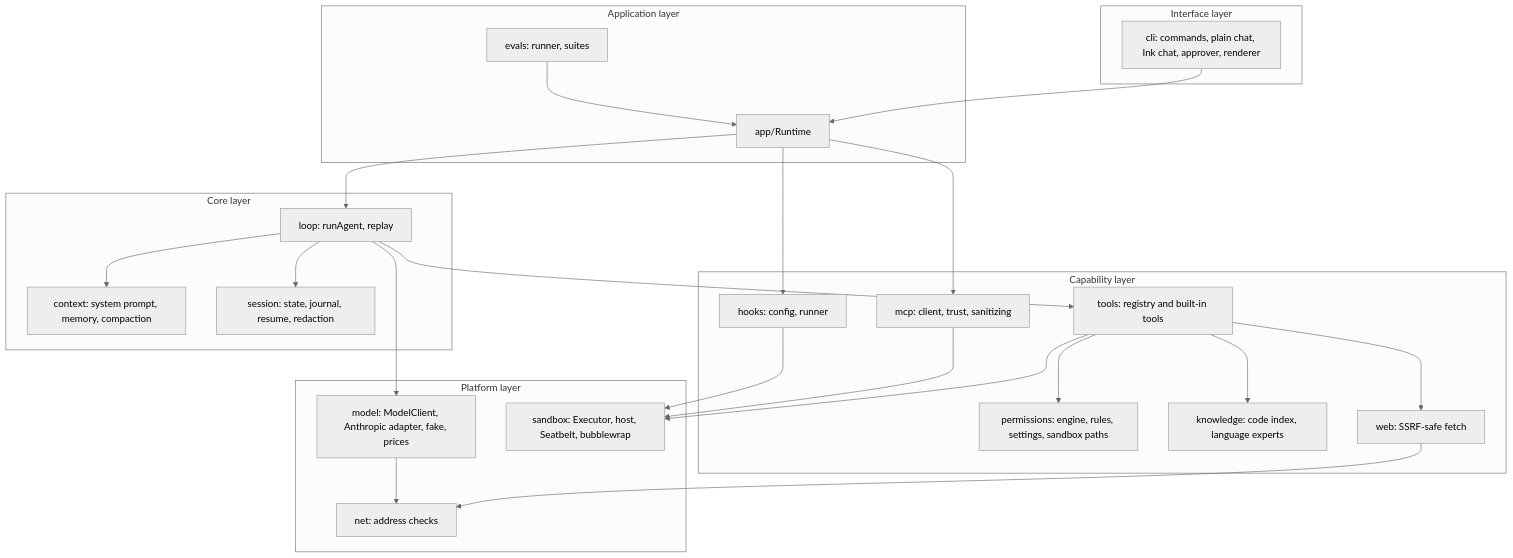
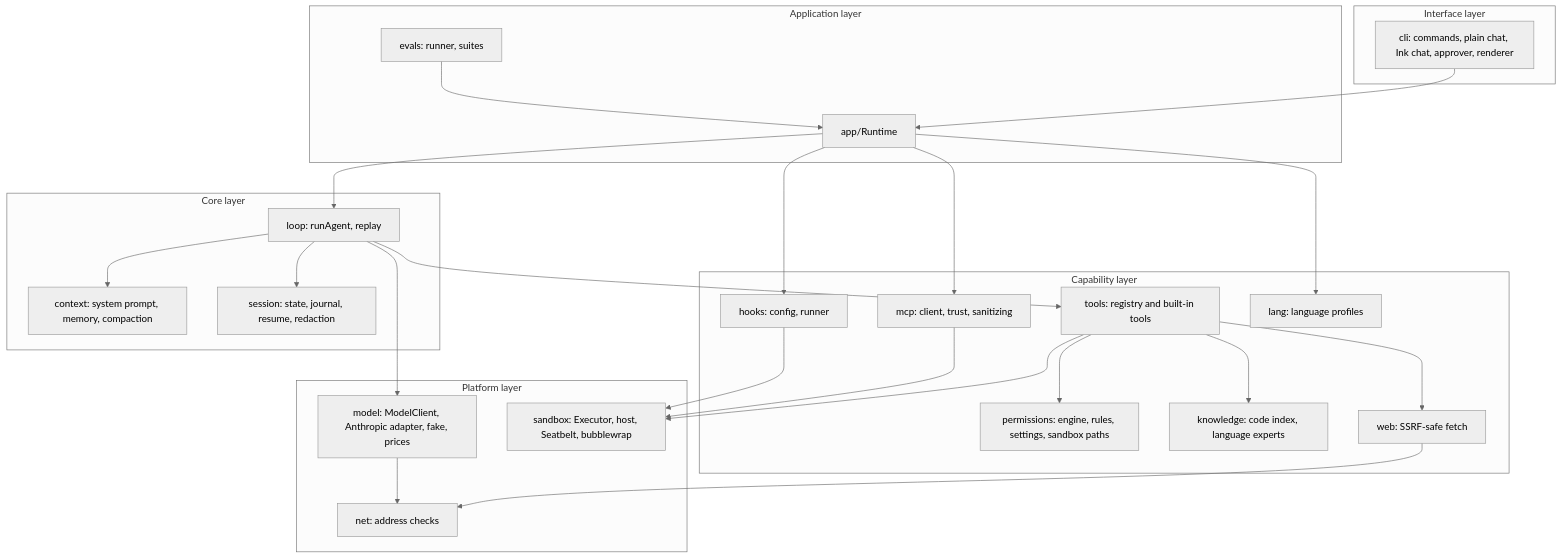
The second of 3 diagrams in docs/architecture.md (madhu-sv/garuda), drawn with Mermaid (neutral theme) before and after one commit. The commit also changed other lines of this file and 29 other files, not shown here.

````diff
--- a/docs/architecture.md
+++ b/docs/architecture.md
@@ -41,45 +41,47 @@
 ```mermaid
 flowchart TB
   subgraph UI[Interface layer]
     cli[cli: commands, plain chat, Ink chat, approver, renderer]
   end
   subgraph App[Application layer]
     runtime[app/Runtime]
     evals[evals: runner, suites]
   end
   subgraph Core[Core layer]
     loop[loop: runAgent, replay]
     context[context: system prompt, memory, compaction]
     session[session: state, journal, resume, redaction]
   end
   subgraph Capabilities[Capability layer]
     tools[tools: registry and built-in tools]
     permissions[permissions: engine, rules, settings, sandbox paths]
     knowledge[knowledge: code index, language experts]
     mcp[mcp: client, trust, sanitizing]
     web[web: SSRF-safe fetch]
     hooks[hooks: config, runner]
+    lang[lang: language profiles]
   end
   subgraph Platform[Platform layer]
     model[model: ModelClient, Anthropic adapter, fake, prices]
     sandbox[sandbox: Executor, host, Seatbelt, bubblewrap]
     net[net: address checks]
   end
   cli --> runtime
   evals --> runtime
   runtime --> loop
   runtime --> mcp
   runtime --> hooks
+  runtime --> lang
   loop --> context
   loop --> session
   loop --> tools
   loop --> model
   tools --> permissions
   tools --> sandbox
   tools --> knowledge
   tools --> web
   mcp --> sandbox
   hooks --> sandbox
   web --> net
   model --> net
 ```
````
